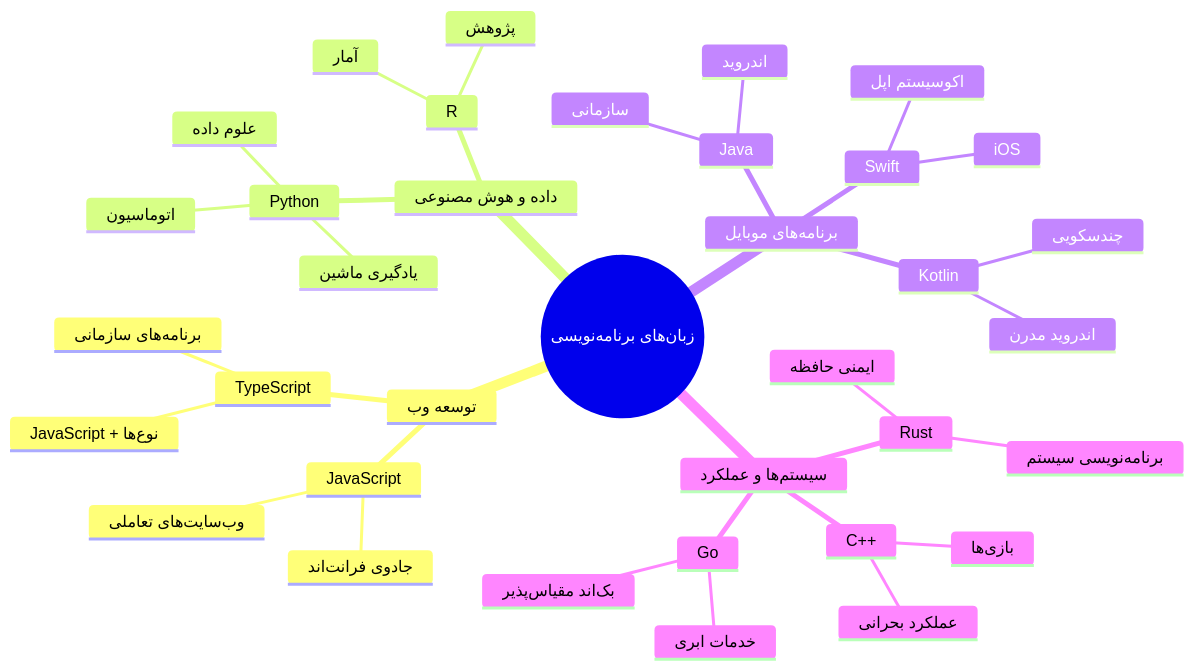
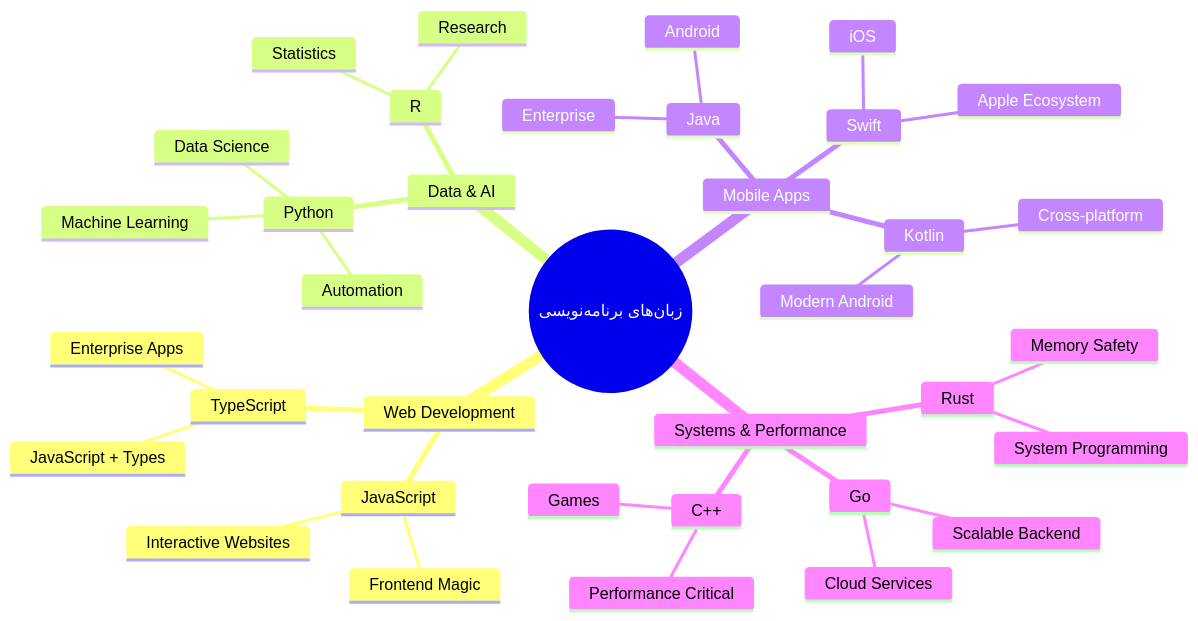
The second of 7 diagrams in translations/fa/1-getting-started-lessons/1-intro-to-programming-languages/README.md (microsoft/Web-Dev-For-Beginners), drawn with Mermaid before and after one commit. The commit also changed other lines of this file and 11 other files, not shown here.

````diff
--- a/translations/fa/1-getting-started-lessons/1-intro-to-programming-languages/README.md
+++ b/translations/fa/1-getting-started-lessons/1-intro-to-programming-languages/README.md
@@ -84,39 +84,39 @@
 ```mermaid
 mindmap
   root((زبان‌های برنامه‌نویسی))
-    توسعه وب
+    Web Development
       JavaScript
-        جادوی فرانت‌اند
-        وب‌سایت‌های تعاملی
+        Frontend Magic
+        Interactive Websites
       TypeScript
-        JavaScript + نوع‌ها
-        برنامه‌های سازمانی
-    داده و هوش مصنوعی
+        JavaScript + Types
+        Enterprise Apps
+    Data & AI
       Python
-        علوم داده
-        یادگیری ماشین
-        اتوماسیون
+        Data Science
+        Machine Learning
+        Automation
       R
-        آمار
-        پژوهش
-    برنامه‌های موبایل
+        Statistics
+        Research
+    Mobile Apps
       Java
-        اندروید
-        سازمانی
+        Android
+        Enterprise
       Swift
         iOS
-        اکوسیستم اپل
+        Apple Ecosystem
       Kotlin
-        اندروید مدرن
-        چندسکویی
-    سیستم‌ها و عملکرد
+        Modern Android
+        Cross-platform
+    Systems & Performance
       C++
-        بازی‌ها
-        عملکرد بحرانی
+        Games
+        Performance Critical
       Rust
-        ایمنی حافظه
-        برنامه‌نویسی سیستم
+        Memory Safety
+        System Programming
       Go
-        خدمات ابری
-        بک‌اند مقیاس‌پذیر
+        Cloud Services
+        Scalable Backend
 ```
````
